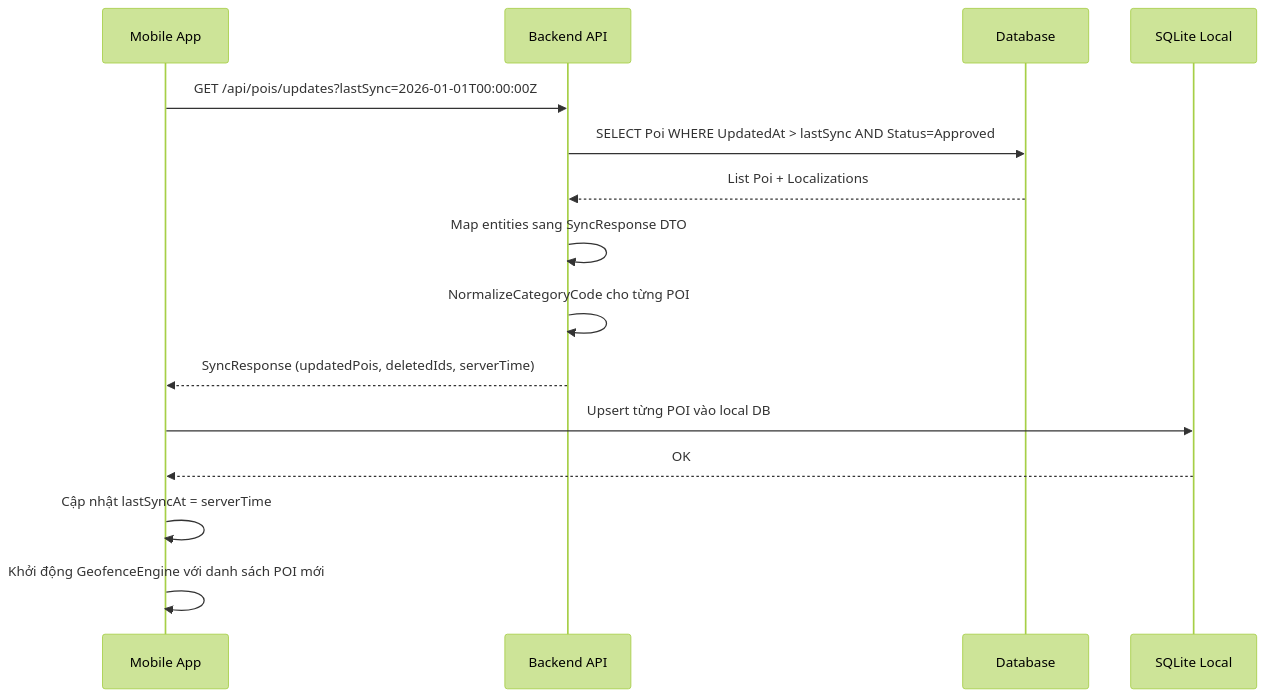
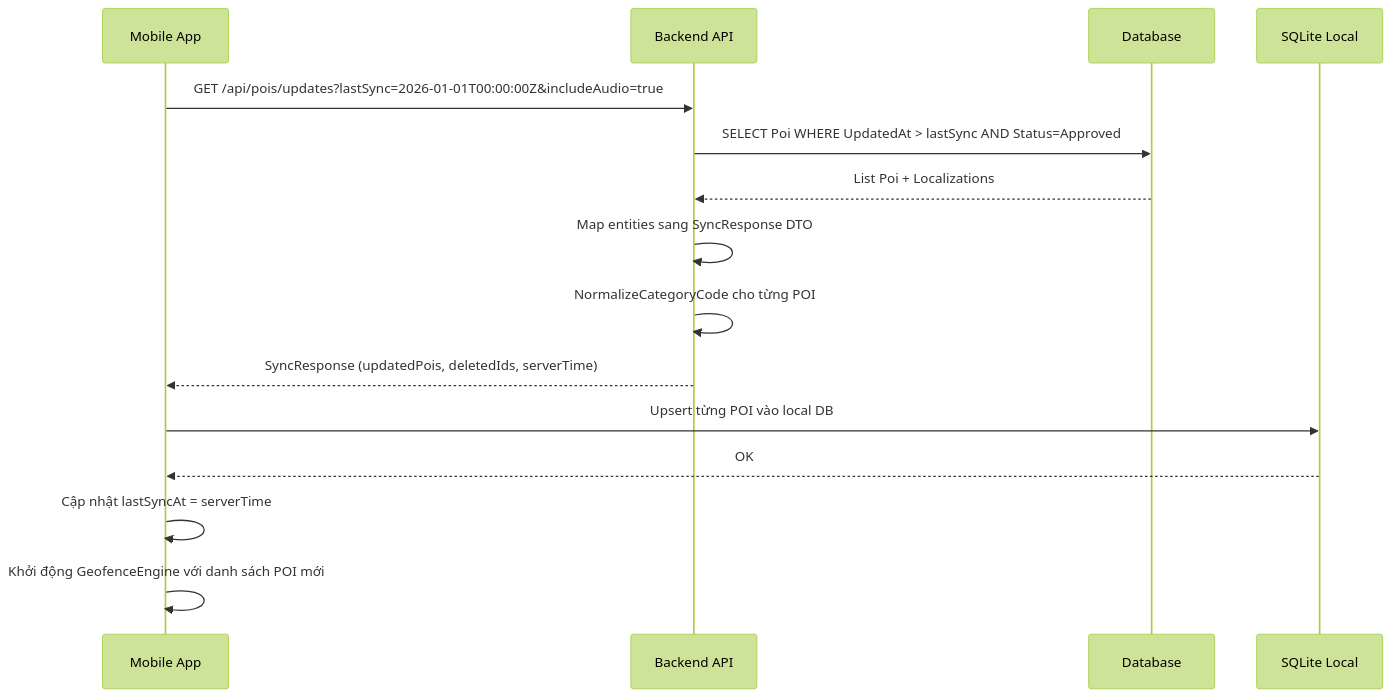
Before and after one commit to phamquyet47204/C-Sharp: the sixth of 16 diagrams in README.md, drawn with Mermaid (forest theme). The commit also changed other lines of this file and 27 other files, not shown here.

````diff
--- a/README.md
+++ b/README.md
@@ -548,19 +485,19 @@
 ```mermaid
 sequenceDiagram
   participant Mobile as Mobile App
   participant API as Backend API
   participant DB as Database
   participant SQLite as SQLite Local
 
-  Mobile->>API: GET /api/pois/updates?lastSync=2026-01-01T00:00:00Z
+  Mobile->>API: GET /api/pois/updates?lastSync=2026-01-01T00:00:00Z&includeAudio=true
   API->>DB: SELECT Poi WHERE UpdatedAt > lastSync AND Status=Approved
   DB-->>API: List Poi + Localizations
   API->>API: Map entities sang SyncResponse DTO
   API->>API: NormalizeCategoryCode cho từng POI
   API-->>Mobile: SyncResponse (updatedPois, deletedIds, serverTime)
 
   Mobile->>SQLite: Upsert từng POI vào local DB
   SQLite-->>Mobile: OK
   Mobile->>Mobile: Cập nhật lastSyncAt = serverTime
   Mobile->>Mobile: Khởi động GeofenceEngine với danh sách POI mới
 ```
````
